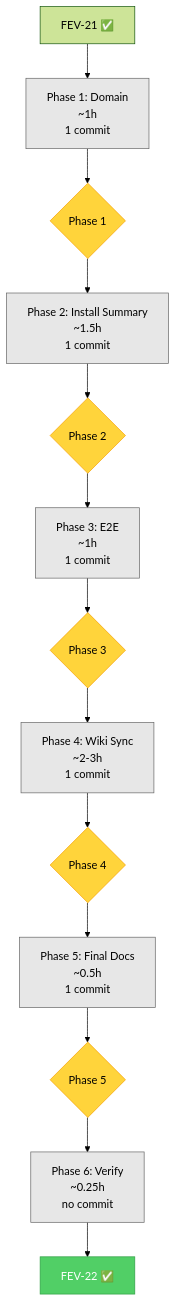
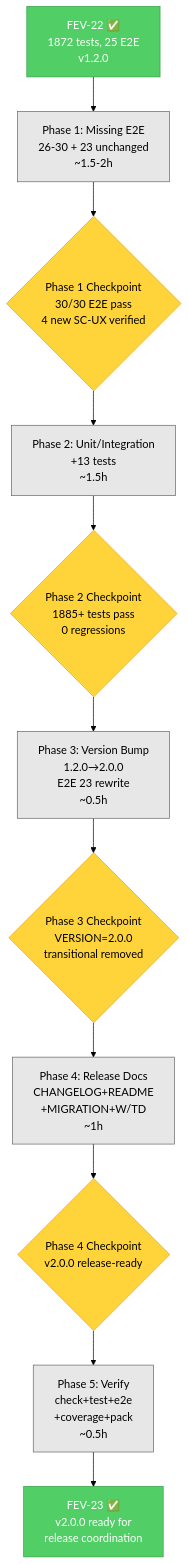
One commit to Fisherk2/codice-opencode changed the second of 2 diagrams in tasks/plan.md. Above: the diagram before and after it, drawn with Mermaid (forest theme). The commit also changed other lines of this file and 1 other file, not shown here.

First line of the commit message:
docs: FEV-23 implementation plan (v2.0.0 Testing & Integration)

````diff
--- a/tasks/plan.md
+++ b/tasks/plan.md
@@ -1276,20 +1717,18 @@
 ```mermaid
 graph TD
-    F21[FEV-21 ✅] --> P1
-    P1[Phase 1: Domain<br/>~1h<br/>1 commit]:::seq --> CP1
-    CP1{Phase 1}:::gate --> P2
-    P2[Phase 2: Install Summary<br/>~1.5h<br/>1 commit]:::seq --> CP2
-    CP2{Phase 2}:::gate --> P3
-    P3[Phase 3: E2E<br/>~1h<br/>1 commit]:::seq --> CP3
-    CP3{Phase 3}:::gate --> P4
-    P4[Phase 4: Wiki Sync<br/>~2-3h<br/>1 commit]:::seq --> CP4
-    CP4{Phase 4}:::gate --> P5
-    P5[Phase 5: Final Docs<br/>~0.5h<br/>1 commit]:::seq --> CP5
-    CP5{Phase 5}:::gate --> V
-    V[Phase 6: Verify<br/>~0.25h<br/>no commit]:::seq --> DONE
-    DONE[FEV-22 ✅]:::done
+    F22[FEV-22 ✅<br/>1872 tests, 25 E2E<br/>v1.2.0]:::done --> P1
+    P1[Phase 1: Missing E2E<br/>26-30 + 23 unchanged<br/>~1.5-2h]:::seq --> CP1
+    CP1{Phase 1 Checkpoint<br/>30/30 E2E pass<br/>4 new SC-UX verified}:::gate --> P2
+    P2[Phase 2: Unit/Integration<br/>+13 tests<br/>~1.5h]:::seq --> CP2
+    CP2{Phase 2 Checkpoint<br/>1885+ tests pass<br/>0 regressions}:::gate --> P3
+    P3[Phase 3: Version Bump<br/>1.2.0→2.0.0<br/>E2E 23 rewrite<br/>~0.5h]:::seq --> CP3
+    CP3{Phase 3 Checkpoint<br/>VERSION=2.0.0<br/>transitional removed}:::gate --> P4
+    P4[Phase 4: Release Docs<br/>CHANGELOG+README<br/>+MIGRATION+W/TD<br/>~1h]:::seq --> CP4
+    CP4{Phase 4 Checkpoint<br/>v2.0.0 release-ready}:::gate --> P5
+    P5[Phase 5: Verify<br/>check+test+e2e<br/>+coverage+pack<br/>~0.5h]:::seq --> DONE
+    DONE[FEV-23 ✅<br/>v2.0.0 ready for<br/>release coordination]:::done
 
     classDef done fill:#51cf66,stroke:#2f9e44,color:#fff
     classDef gate fill:#ffd43b,stroke:#f59f00,color:#000
     classDef seq fill:#e7e7e7,stroke:#666,color:#000
 ```
````
